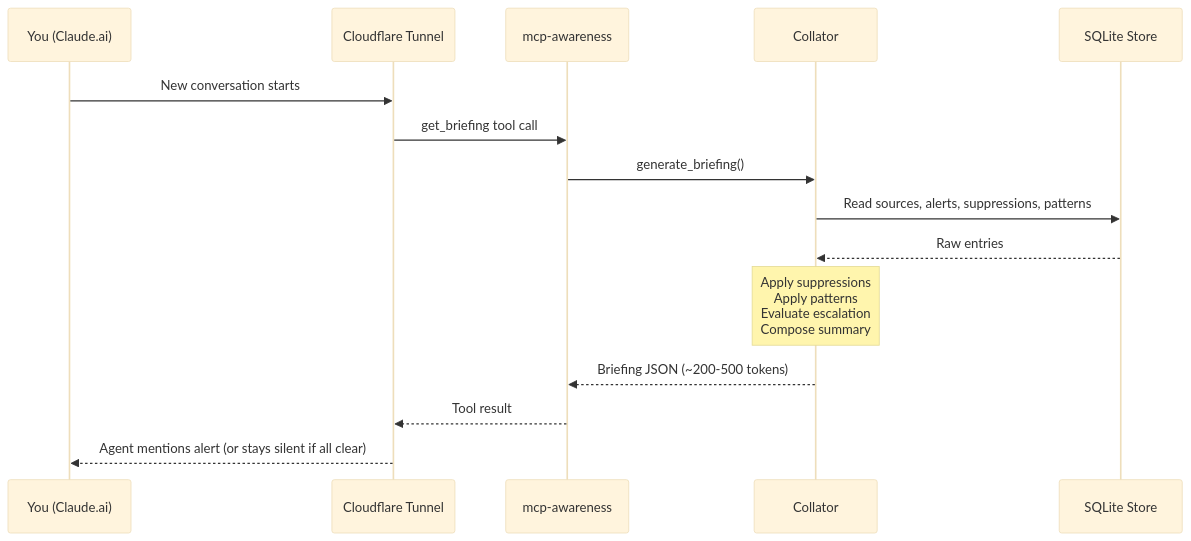
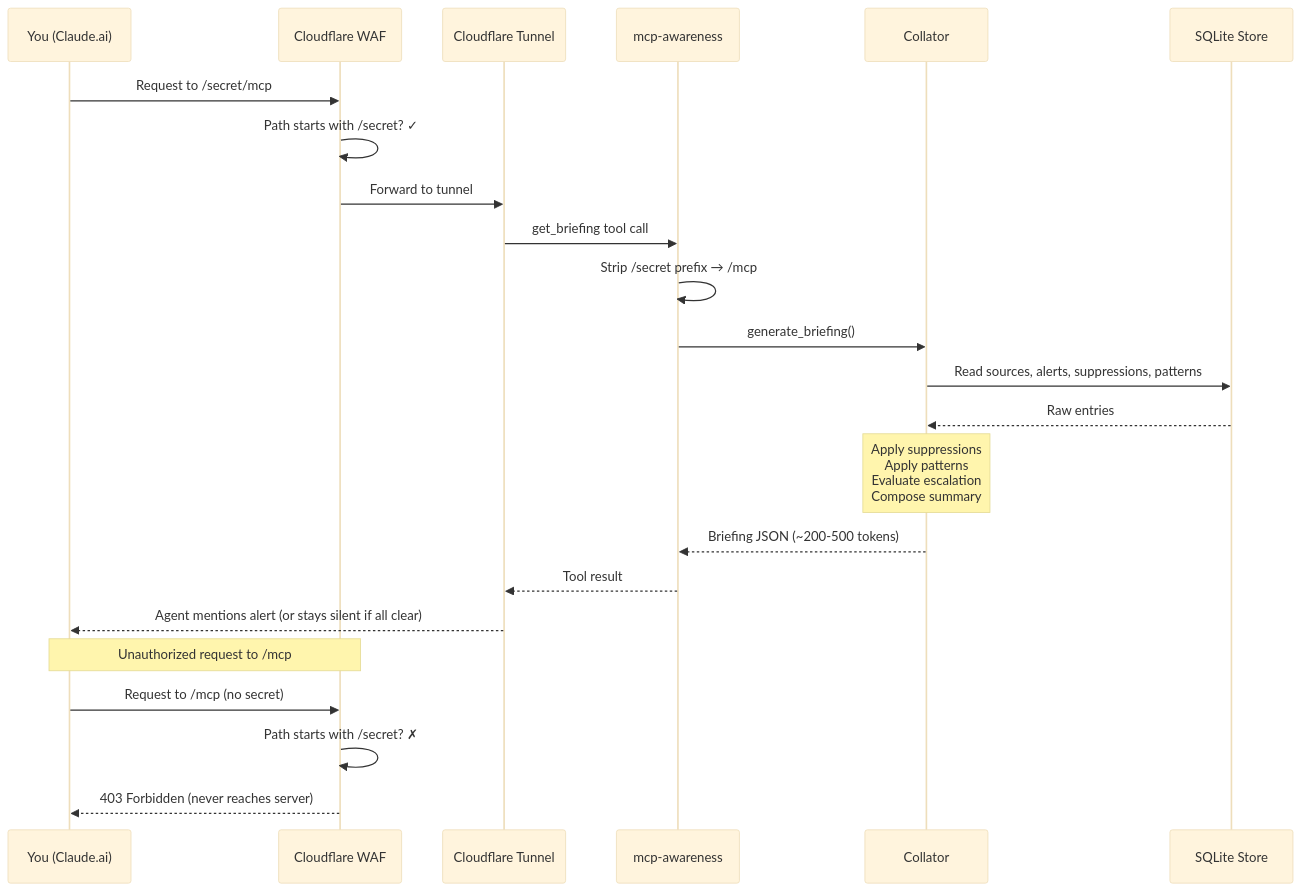
Before and after one commit to cmeans/mcp-awareness: the diagram in docs/poc-demo.md, drawn with Mermaid (base theme). The commit also changed other lines of this file and 10 other files, not shown here.

````diff
--- a/docs/poc-demo.md
+++ b/docs/poc-demo.md
@@ -122,18 +218,27 @@
 ```mermaid
 sequenceDiagram
     participant You as You (Claude.ai)
+    participant WAF as Cloudflare WAF
     participant CF as Cloudflare Tunnel
     participant Server as mcp-awareness
     participant Collator as Collator
     participant Store as SQLite Store
 
-    You->>CF: New conversation starts
+    You->>WAF: Request to /secret/mcp
+    WAF->>WAF: Path starts with /secret? ✓
+    WAF->>CF: Forward to tunnel
     CF->>Server: get_briefing tool call
+    Server->>Server: Strip /secret prefix → /mcp
     Server->>Collator: generate_briefing()
     Collator->>Store: Read sources, alerts, suppressions, patterns
     Store-->>Collator: Raw entries
     Note over Collator: Apply suppressions<br/>Apply patterns<br/>Evaluate escalation<br/>Compose summary
     Collator-->>Server: Briefing JSON (~200-500 tokens)
     Server-->>CF: Tool result
     CF-->>You: Agent mentions alert (or stays silent if all clear)
+
+    Note over You,WAF: Unauthorized request to /mcp
+    You->>WAF: Request to /mcp (no secret)
+    WAF->>WAF: Path starts with /secret? ✗
+    WAF-->>You: 403 Forbidden (never reaches server)
 ```
````
